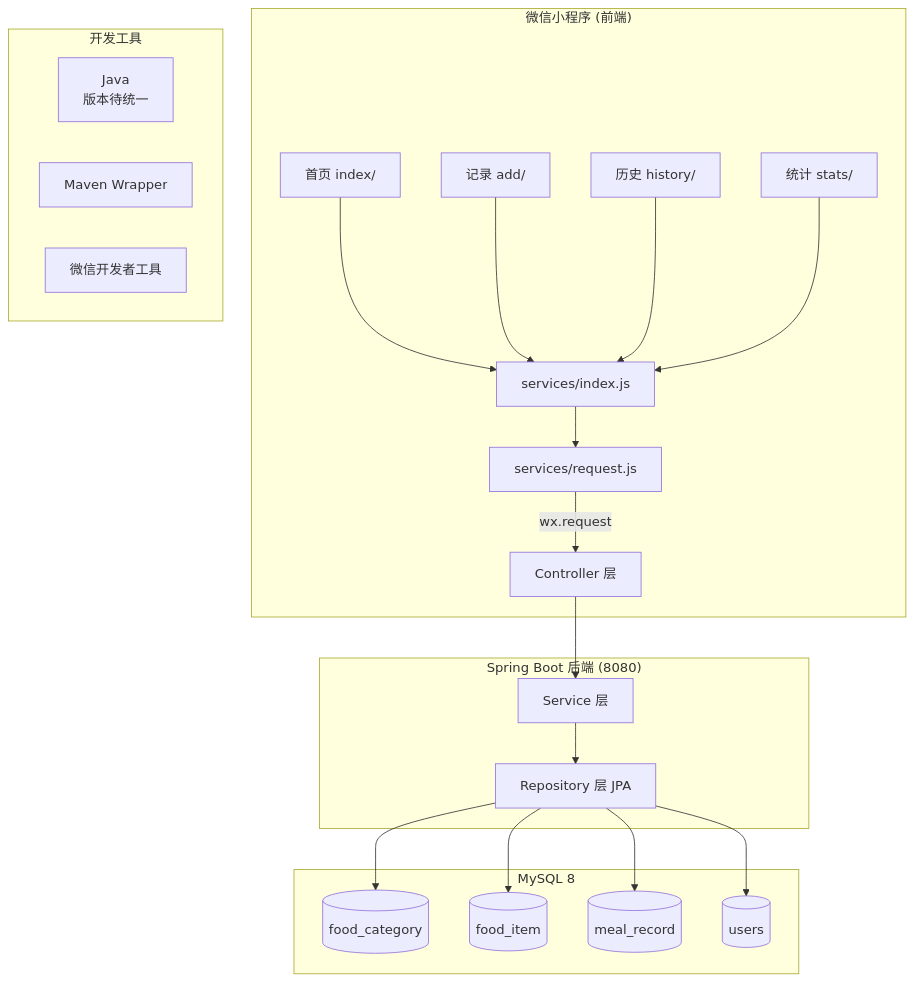
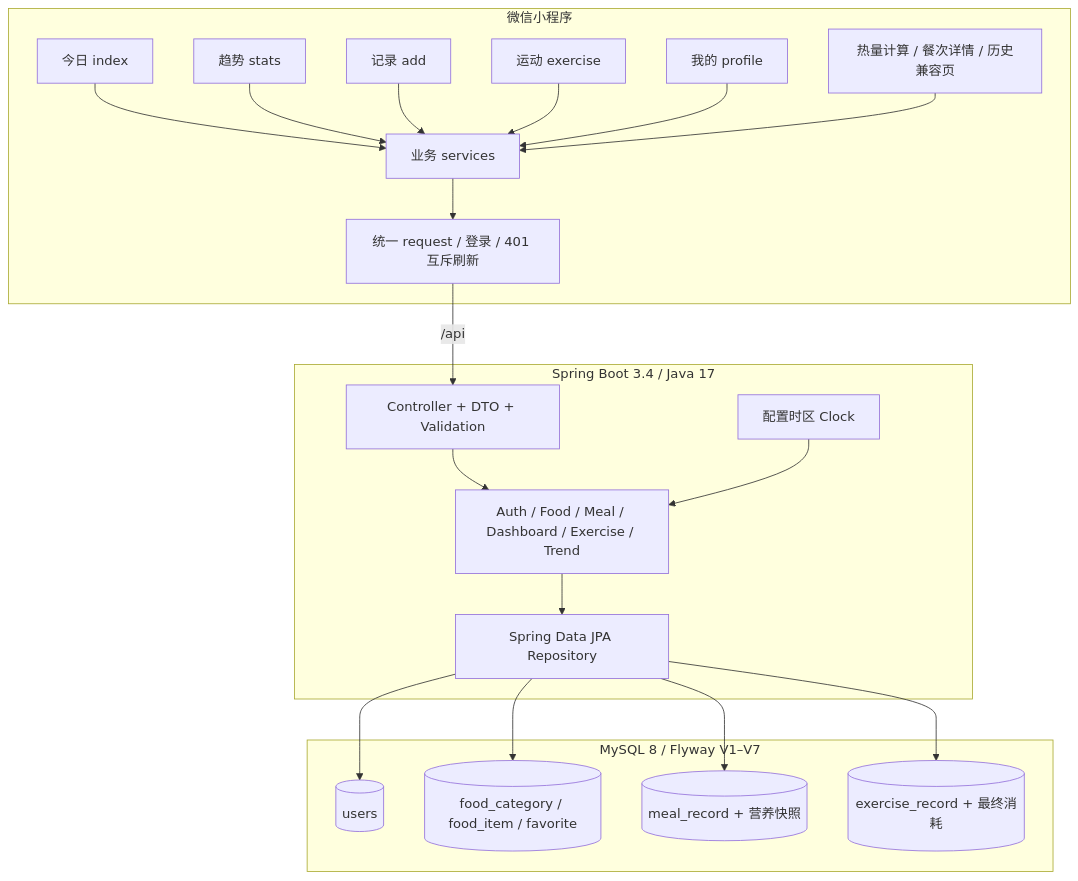
The first of 3 diagrams in docs/architecture.md (Lanlnn/diet-tracker), drawn with Mermaid before and after one commit. The commit also changed other lines of this file and 22 other files, not shown here.

````diff
--- a/docs/architecture.md
+++ b/docs/architecture.md
@@ -7,33 +7,42 @@
 ```mermaid
 graph TB
-    subgraph "微信小程序 (前端)"
-        A1[首页 index/] --> API[services/index.js]
-        A2[记录 add/] --> API
-        A3[历史 history/] --> API
-        A4[统计 stats/] --> API
-        API --> REQ[services/request.js]
-        REQ --> |wx.request| B1
+    subgraph "微信小程序"
+        TODAY["今日 index"]
+        TREND["趋势 stats"]
+        RECORD["记录 add"]
+        EXERCISE["运动 exercise"]
+        PROFILE["我的 profile"]
+        PAGES["热量计算 / 餐次详情 / 历史兼容页"]
+        SERVICES["业务 services"]
+        REQUEST["统一 request / 登录 / 401 互斥刷新"]
+        TODAY --> SERVICES
+        TREND --> SERVICES
+        RECORD --> SERVICES
+        EXERCISE --> SERVICES
+        PROFILE --> SERVICES
+        PAGES --> SERVICES
+        SERVICES --> REQUEST
     end
 
-    subgraph "Spring Boot 后端 (8080)"
-        B1[Controller 层] --> B2[Service 层]
-        B2 --> B3[Repository 层 JPA]
+    subgraph "Spring Boot 3.4 / Java 17"
+        CONTROLLER["Controller + DTO + Validation"]
+        SERVICE["Auth / Food / Meal / Dashboard / Exercise / Trend"]
+        REPOSITORY["Spring Data JPA Repository"]
+        CLOCK["配置时区 Clock"]
+        REQUEST -->|"/api"| CONTROLLER
+        CONTROLLER --> SERVICE
+        CLOCK --> SERVICE
+        SERVICE --> REPOSITORY
     end
 
-    subgraph "MySQL 8"
-        C1[(food_category)]
-        C2[(food_item)]
-        C3[(meal_record)]
-        C4[(users)]
-        B3 --> C1
-        B3 --> C2
-        B3 --> C3
-        B3 --> C4
-    end
-
-    subgraph "开发工具"
-        D1[Java<br/>版本待统一]
-        D2[Maven Wrapper]
-        D3[微信开发者工具]
+    subgraph "MySQL 8 / Flyway V1–V7"
+        USER[(users)]
+        FOOD[(food_category / food_item / favorite)]
+        MEAL[(meal_record + 营养快照)]
+        SPORT[(exercise_record + 最终消耗)]
+        REPOSITORY --> USER
+        REPOSITORY --> FOOD
+        REPOSITORY --> MEAL
+        REPOSITORY --> SPORT
     end
 ```
````
